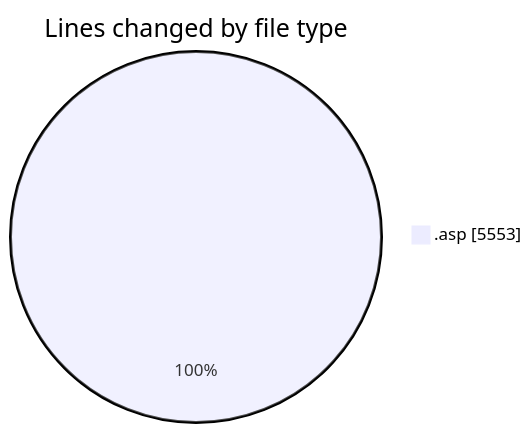
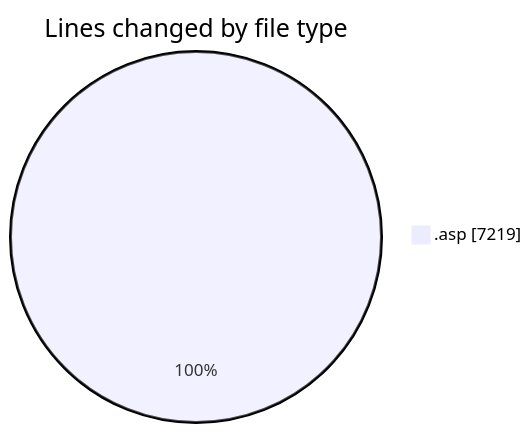
Before and after one commit to julien-gomy/code-tracking: the first of 2 diagrams in 2025-11-18/cdp_aleoudev_fr__workspace_/README.md, drawn with Mermaid. The commit also changed other lines of this file and 1 other file, not shown here.

````diff
--- a/2025-11-18/cdp_aleoudev_fr__workspace_/README.md
+++ b/2025-11-18/cdp_aleoudev_fr__workspace_/README.md
@@ -27,5 +28,5 @@
 ```mermaid
 pie showData
 title Lines changed by file type
-".asp" : 5553
+".asp" : 7219
 ```
````
